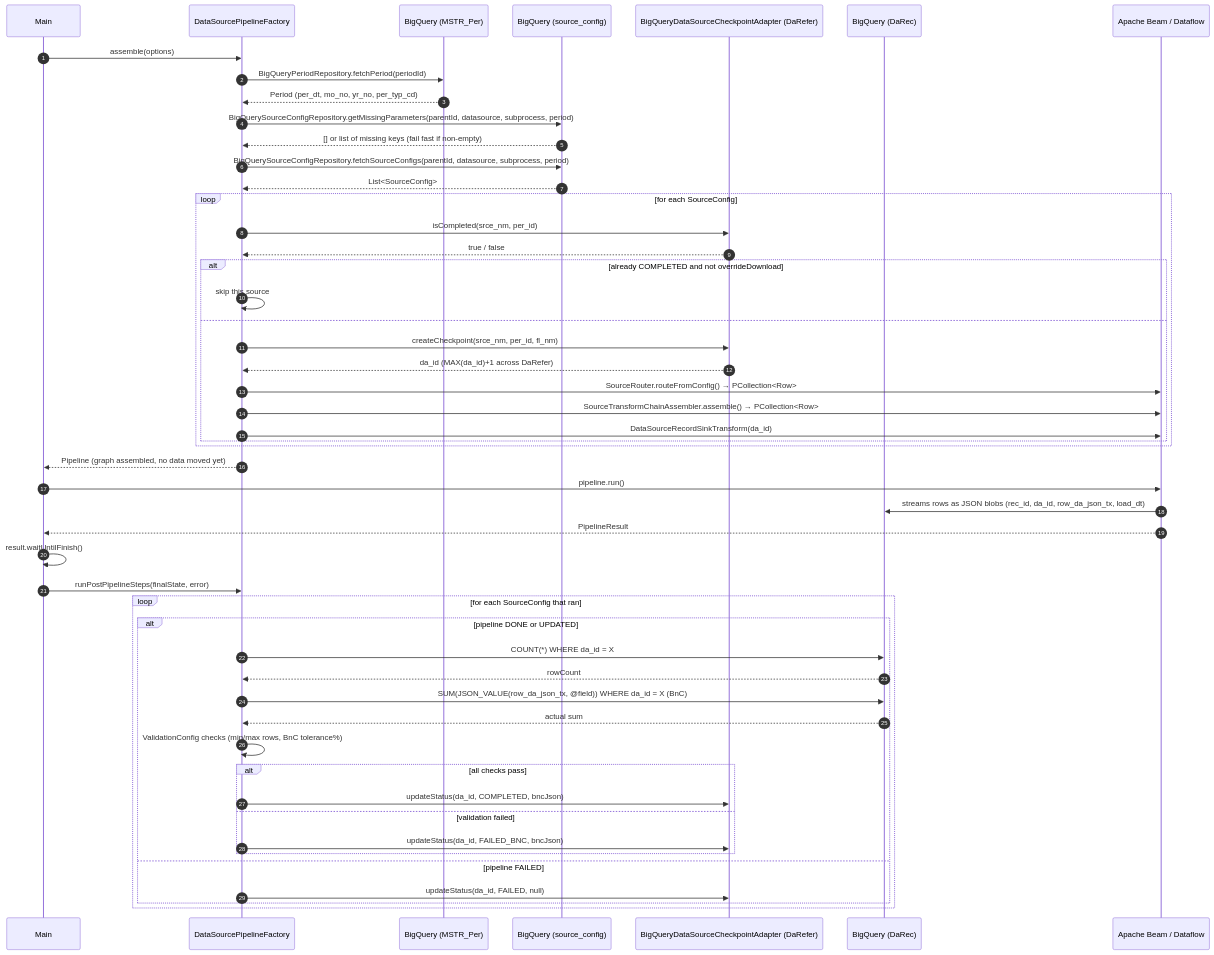
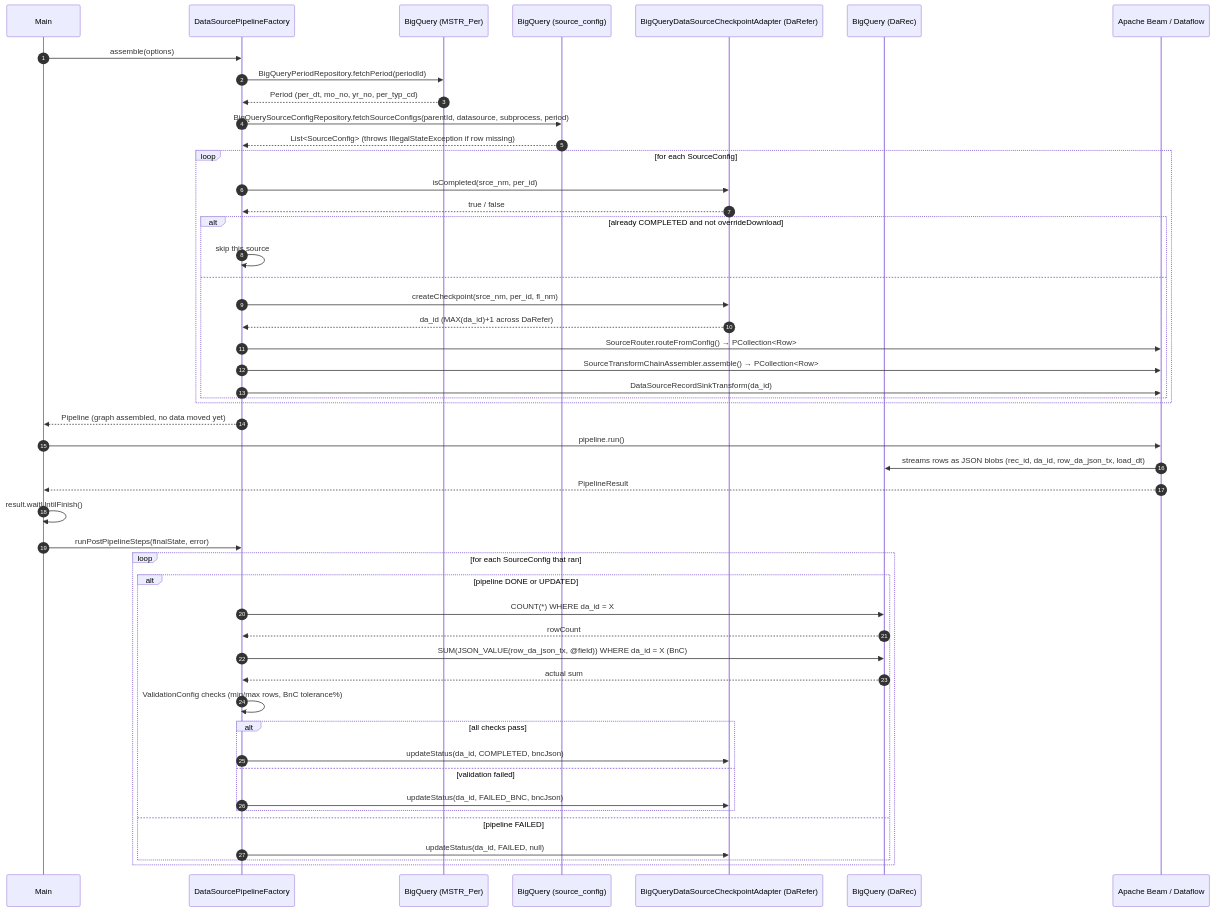
One commit to tushark-16bit/beam_framework changed the third of 14 diagrams in WALKTHROUGH.md. Above: the diagram before and after it, drawn with Mermaid. The commit also changed 5 other files, not shown here.

First line of the commit message:
refactor: eliminate redundant parameter_store COUNT(*) query before source config fetch

````diff
--- a/WALKTHROUGH.md
+++ b/WALKTHROUGH.md
@@ -70,59 +70,57 @@
 ```mermaid
 sequenceDiagram
     autonumber
     participant Main
     participant DSF as DataSourcePipelineFactory
     participant Per as BigQuery (MSTR_Per)
     participant BQCfg as BigQuery (source_config)
     participant Checkpoint as BigQueryDataSourceCheckpointAdapter (DaRefer)
     participant DaRec as BigQuery (DaRec)
     participant Beam as Apache Beam / Dataflow
 
     Main->>DSF: assemble(options)
     DSF->>Per: BigQueryPeriodRepository.fetchPeriod(periodId)
     Per-->>DSF: Period (per_dt, mo_no, yr_no, per_typ_cd)
-    DSF->>BQCfg: BigQuerySourceConfigRepository.getMissingParameters(parentId, datasource, subprocess, period)
-    BQCfg-->>DSF: [] or list of missing keys (fail fast if non-empty)
     DSF->>BQCfg: BigQuerySourceConfigRepository.fetchSourceConfigs(parentId, datasource, subprocess, period)
-    BQCfg-->>DSF: List<SourceConfig>
+    BQCfg-->>DSF: List<SourceConfig>  (throws IllegalStateException if row missing)
 
     loop for each SourceConfig
         DSF->>Checkpoint: isCompleted(srce_nm, per_id)
         Checkpoint-->>DSF: true / false
         alt already COMPLETED and not overrideDownload
             DSF->>DSF: skip this source
         else
             DSF->>Checkpoint: createCheckpoint(srce_nm, per_id, fl_nm)
             Checkpoint-->>DSF: da_id (MAX(da_id)+1 across DaRefer)
             DSF->>Beam: SourceRouter.routeFromConfig() → PCollection<Row>
             DSF->>Beam: SourceTransformChainAssembler.assemble() → PCollection<Row>
             DSF->>Beam: DataSourceRecordSinkTransform(da_id)
         end
     end
 
     DSF-->>Main: Pipeline (graph assembled, no data moved yet)
 
     Main->>Beam: pipeline.run()
     Beam->>DaRec: streams rows as JSON blobs (rec_id, da_id, row_da_json_tx, load_dt)
     Beam-->>Main: PipelineResult
 
     Main->>Main: result.waitUntilFinish()
     Main->>DSF: runPostPipelineSteps(finalState, error)
 
     loop for each SourceConfig that ran
         alt pipeline DONE or UPDATED
             DSF->>DaRec: COUNT(*) WHERE da_id = X
             DaRec-->>DSF: rowCount
             DSF->>DaRec: SUM(JSON_VALUE(row_da_json_tx, @field)) WHERE da_id = X (BnC)
             DaRec-->>DSF: actual sum
             DSF->>DSF: ValidationConfig checks (min/max rows, BnC tolerance%)
             alt all checks pass
                 DSF->>Checkpoint: updateStatus(da_id, COMPLETED, bncJson)
             else validation failed
                 DSF->>Checkpoint: updateStatus(da_id, FAILED_BNC, bncJson)
             end
         else pipeline FAILED
             DSF->>Checkpoint: updateStatus(da_id, FAILED, null)
         end
     end
 ```
````
